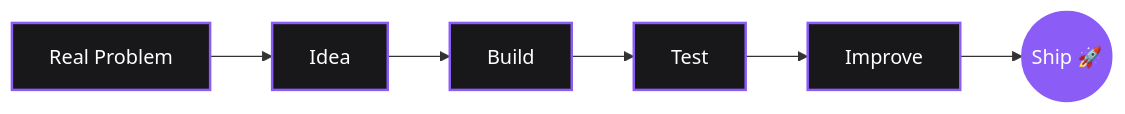
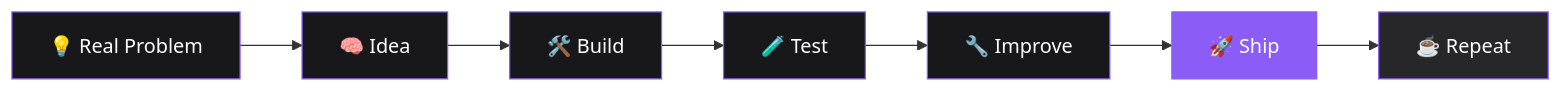
Before and after one commit to agnelfranciso/agnelfranciso: the diagram in README.md, drawn with Mermaid. The commit also changed other lines of this file, not shown here.

````diff
--- a/README.md
+++ b/README.md
@@ -79,14 +126,17 @@
 ```mermaid
 graph LR
-    A[Real Problem] --> B[Idea]
-    B --> C[Build]
-    C --> D[Test]
-    D --> E[Improve]
-    E --> F((Ship 🚀))
-    style A fill:#18181B,stroke:#8B5CF6,stroke-width:2px,color:#fff
-    style B fill:#18181B,stroke:#8B5CF6,stroke-width:2px,color:#fff
-    style C fill:#18181B,stroke:#8B5CF6,stroke-width:2px,color:#fff
-    style D fill:#18181B,stroke:#8B5CF6,stroke-width:2px,color:#fff
-    style E fill:#18181B,stroke:#8B5CF6,stroke-width:2px,color:#fff
-    style F fill:#8B5CF6,stroke:#8B5CF6,stroke-width:2px,color:#fff
+    A["💡 Real Problem"] --> B["🧠 Idea"]
+    B --> C["🛠️ Build"]
+    C --> D["🧪 Test"]
+    D --> E["🔧 Improve"]
+    E --> F["🚀 Ship"]
+    F --> G["☕ Repeat"]
+
+    style A fill:#18181B,stroke:#8B5CF6,color:#fff
+    style B fill:#18181B,stroke:#8B5CF6,color:#fff
+    style C fill:#18181B,stroke:#8B5CF6,color:#fff
+    style D fill:#18181B,stroke:#8B5CF6,color:#fff
+    style E fill:#18181B,stroke:#8B5CF6,color:#fff
+    style F fill:#8B5CF6,stroke:#8B5CF6,color:#fff
+    style G fill:#27272A,stroke:#8B5CF6,color:#fff
 ```
````
